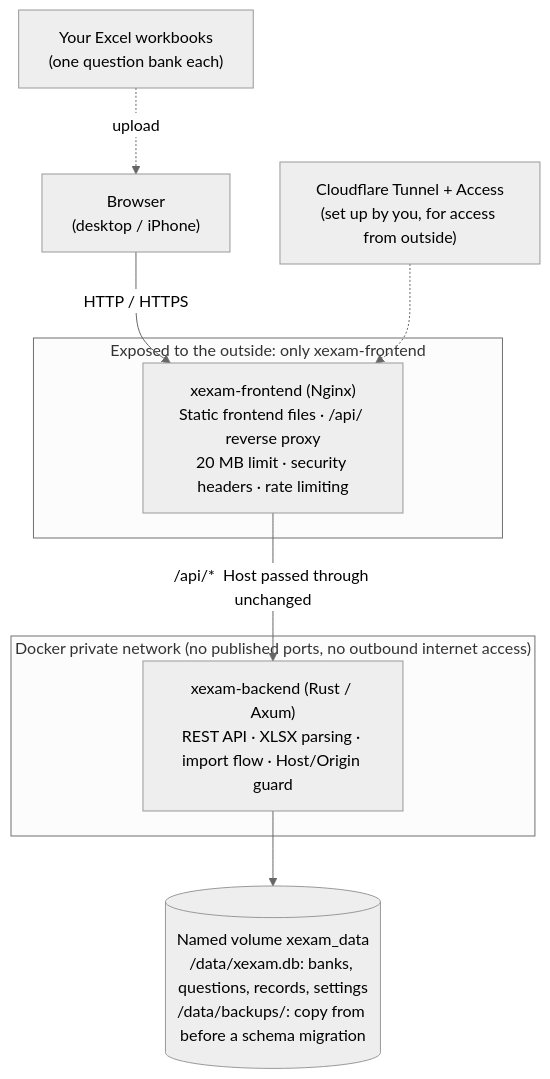
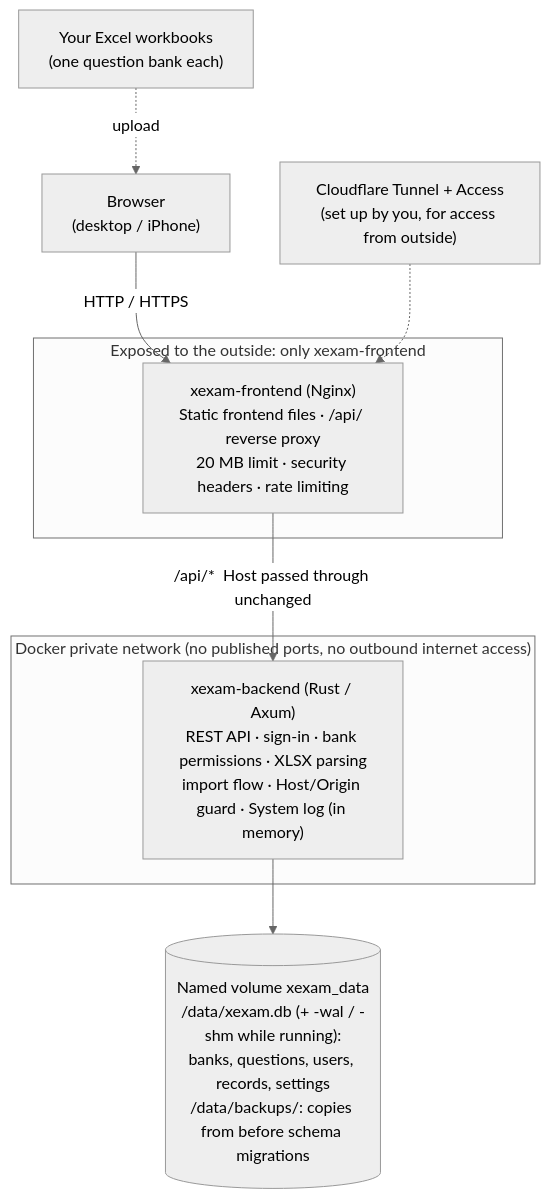
Before and after one commit to Yumin-Space/xexam: the second of 7 diagrams in README.md, drawn with Mermaid (neutral theme). The commit also changed other lines of this file and 295 other files, not shown here.

````diff
--- a/README.md
+++ b/README.md
@@ -665,14 +912,14 @@
 ```mermaid
 flowchart TB
     U["Browser<br/>(desktop / iPhone)"] -->|"HTTP / HTTPS"| N
     subgraph pub["Exposed to the outside: only xexam-frontend"]
         N["xexam-frontend (Nginx)<br/>Static frontend files · /api/ reverse proxy<br/>20 MB limit · security headers · rate limiting"]
     end
     subgraph priv["Docker private network (no published ports, no outbound internet access)"]
-        B["xexam-backend (Rust / Axum)<br/>REST API · XLSX parsing · import flow · Host/Origin guard"]
+        B["xexam-backend (Rust / Axum)<br/>REST API · sign-in · bank permissions · XLSX parsing<br/>import flow · Host/Origin guard · System log (in memory)"]
     end
     N -->|"/api/*  Host passed through unchanged"| B
-    B --> D[("Named volume xexam_data<br/>/data/xexam.db: banks, questions, records, settings<br/>/data/backups/: copy from before a schema migration")]
+    B --> D[("Named volume xexam_data<br/>/data/xexam.db (+ -wal / -shm while running):<br/>banks, questions, users, records, settings<br/>/data/backups/: copies from before schema migrations")]
     CF["Cloudflare Tunnel + Access<br/>(set up by you, for access from outside)"] -.-> N
     X["Your Excel workbooks<br/>(one question bank each)"] -.->|"upload"| U
 ```
````
